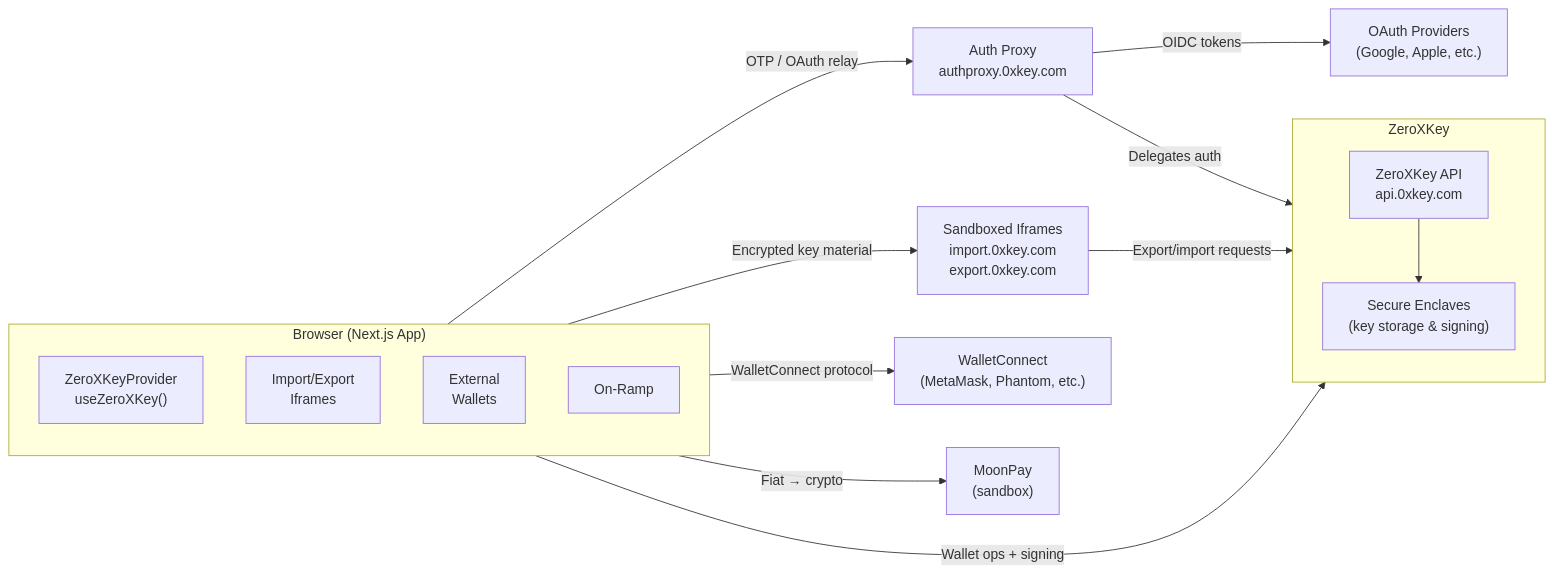
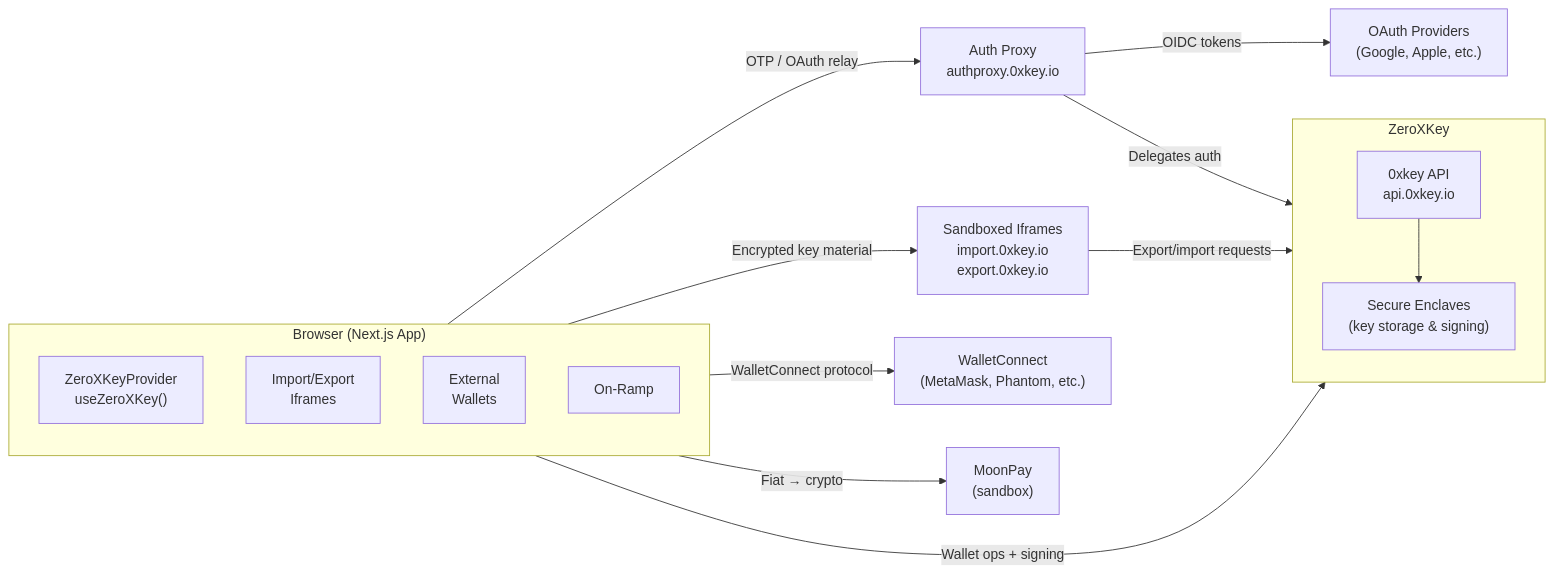
Before and after one commit to 0xkey-io/sdk-js: the second of 6 diagrams in examples/react-wallet-kit/README.md, drawn with Mermaid. The commit also changed other lines of this file and 464 other files, not shown here.

````diff
--- a/examples/react-wallet-kit/README.md
+++ b/examples/react-wallet-kit/README.md
@@ -107,32 +107,32 @@
 ```mermaid
 flowchart LR
     subgraph Browser["Browser (Next.js App)"]
         direction TB
         TP["ZeroXKeyProvider<br/>useZeroXKey()"]
         IEF["Import/Export<br/>Iframes"]
         EW["External<br/>Wallets"]
         OR["On-Ramp"]
     end
 
     subgraph ZeroXKey
         direction TB
-        API["ZeroXKey API<br/>api.0xkey.com"]
+        API["0xkey API<br/>api.0xkey.io"]
         SE["Secure Enclaves<br/>(key storage & signing)"]
         API --> SE
     end
 
-    AP["Auth Proxy<br/>authproxy.0xkey.com"]
+    AP["Auth Proxy<br/>authproxy.0xkey.io"]
     OAuth["OAuth Providers<br/>(Google, Apple, etc.)"]
-    Iframes["Sandboxed Iframes<br/>import.0xkey.com<br/>export.0xkey.com"]
+    Iframes["Sandboxed Iframes<br/>import.0xkey.io<br/>export.0xkey.io"]
     WC["WalletConnect<br/>(MetaMask, Phantom, etc.)"]
     MP["MoonPay<br/>(sandbox)"]
 
     TP -- "OTP / OAuth relay" --> AP
     AP -- "OIDC tokens" --> OAuth
     AP -- "Delegates auth" --> API
     TP -- "Wallet ops + signing" --> API
     IEF -- "Encrypted key material" --> Iframes
     Iframes -- "Export/import requests" --> API
     EW -- "WalletConnect protocol" --> WC
     OR -- "Fiat → crypto" --> MP
 ```
````
